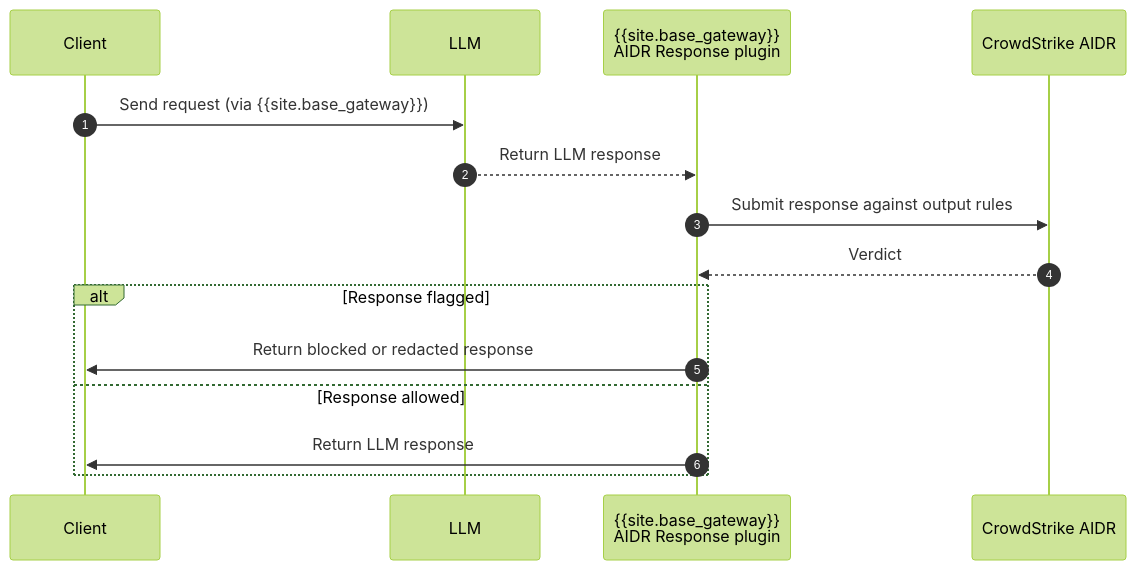
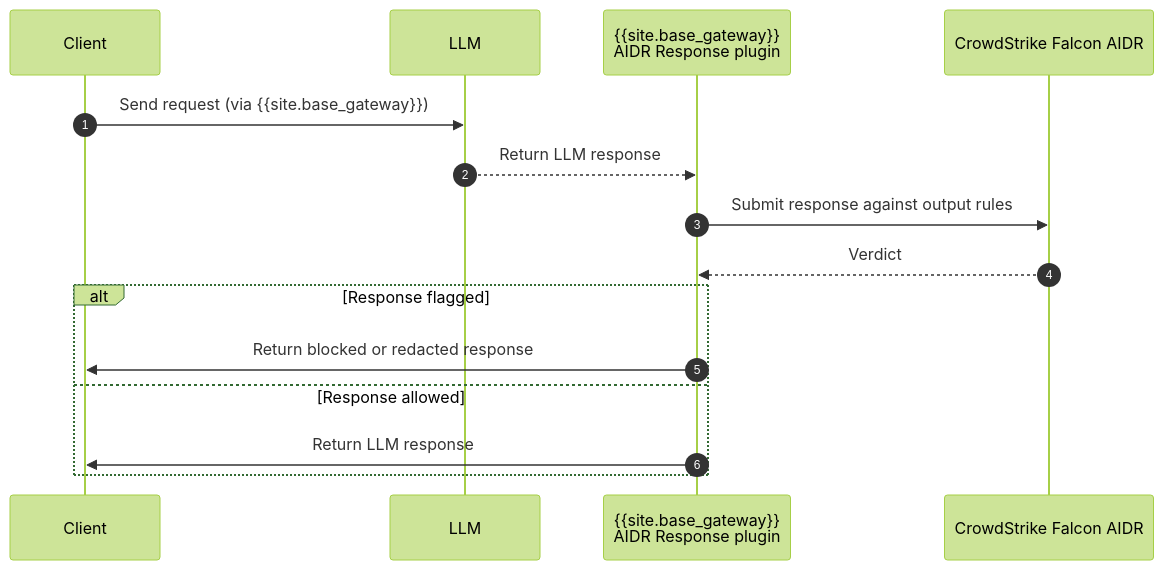
The diagram in app/_kong_plugins/crowdstrike-aidr-response/index.md (Kong/developer.konghq.com), drawn with Mermaid (forest theme) before and after one commit. The commit also changed other lines of this file and 4 other files, not shown here.

```diff
--- a/app/_kong_plugins/crowdstrike-aidr-response/index.md
+++ b/app/_kong_plugins/crowdstrike-aidr-response/index.md
@@ -62,19 +62,19 @@
 {% mermaid %}
 sequenceDiagram
 autonumber
     participant Client
     participant LLM
     participant Plugin as {{site.base_gateway}}<br/>AIDR Response plugin
-    participant AIDR as CrowdStrike AIDR
+    participant AIDR as CrowdStrike Falcon AIDR
 
     Client->>LLM: Send request (via {{site.base_gateway}})
     LLM-->>Plugin: Return LLM response
     Plugin->>AIDR: Submit response against output rules
     AIDR-->>Plugin: Verdict
 
     alt Response flagged
         Plugin->>Client: Return blocked or redacted response
     else Response allowed
         Plugin->>Client: Return LLM response
     end
 {% endmermaid %}
```
